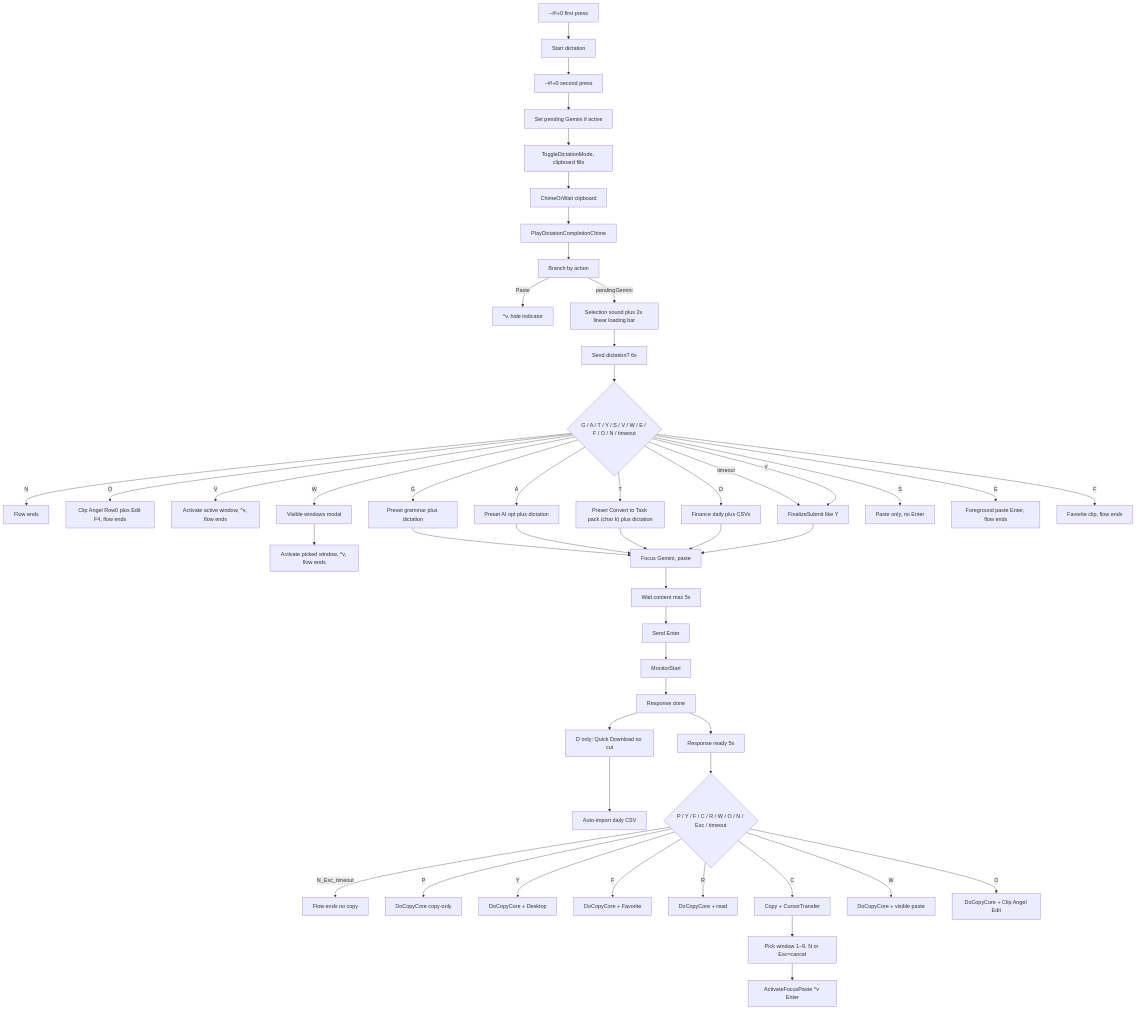
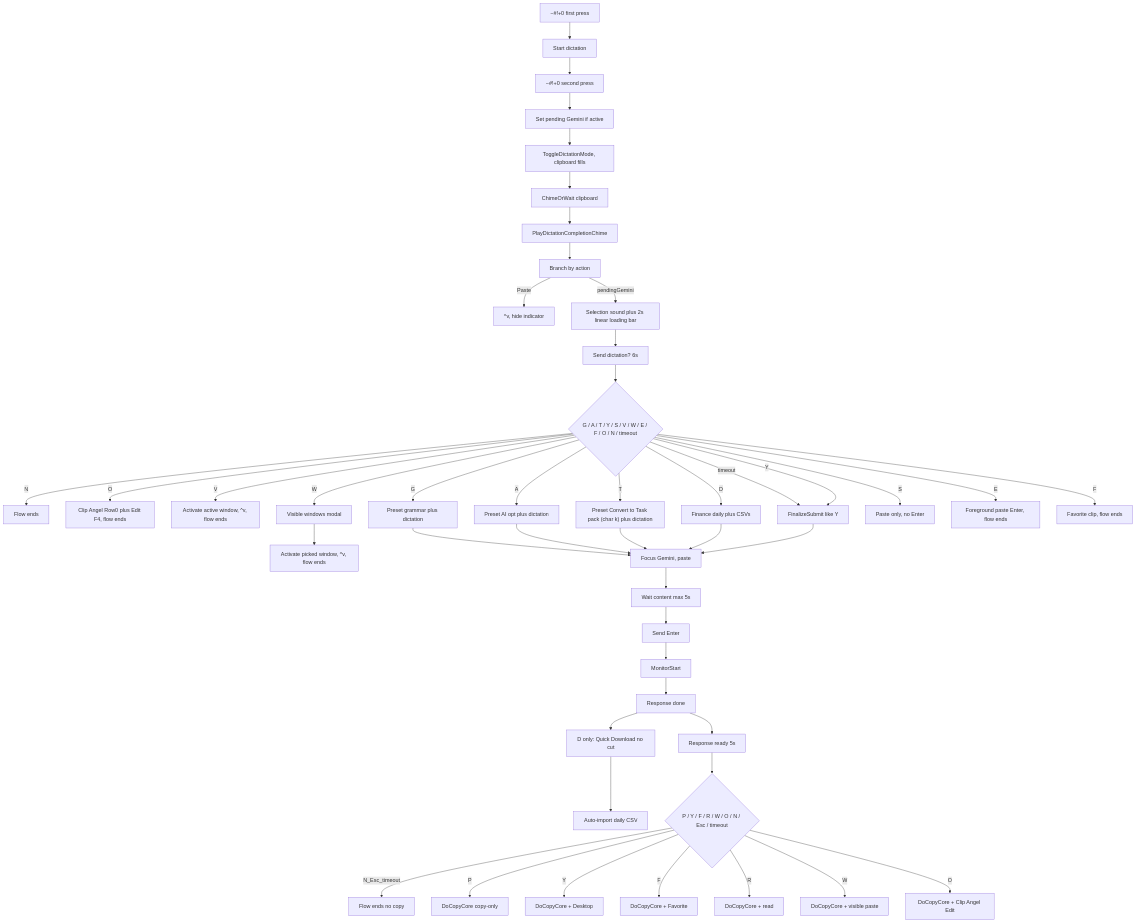
Before and after one commit to duducm2/scripts: the first of 2 diagrams in docs/dictation-to-gemini-cursor-flow.md, drawn with Mermaid. The commit also changed other lines of this file and 9 other files, not shown here.

````diff
--- a/docs/dictation-to-gemini-cursor-flow.md
+++ b/docs/dictation-to-gemini-cursor-flow.md
@@ -25,53 +25,49 @@
 ```mermaid
 flowchart TB
     H0["~#!+0 first press"]
     H0 --> StartDict["Start dictation"]
     StartDict --> H0Stop["~#!+0 second press"]
     H0Stop --> SetPending["Set pending Gemini if active"]
     SetPending --> ToggleMode["ToggleDictationMode, clipboard fills"]
     ToggleMode --> WaitClip["ChimeOrWait clipboard"]
     WaitClip --> PlayChime["PlayDictationCompletionChime"]
     PlayChime --> Branch["Branch by action"]
     Branch --> |"Paste"| PasteOnly["^v, hide indicator"]
     Branch --> |"pendingGemini"| PreMenu["Selection sound plus 2s linear loading bar"]
     PreMenu --> ShowAndWait["Send dictation? 6s"]
     ShowAndWait --> User6s{"G / A / T / Y / S / V / W / E / F / O / N / timeout"}
     User6s --> |"N"| Stop6s["Flow ends"]
     User6s --> |"O"| ClipAngelOpen["Clip Angel Row0 plus Edit F4, flow ends"]
     User6s --> |"V"| PasteOrig["Activate active window, ^v, flow ends"]
     User6s --> |"W"| VisiblePick["Visible windows modal"]
     VisiblePick --> PasteVisible["Activate picked window, ^v, flow ends"]
     User6s --> |"timeout"| Finalize["FinalizeSubmit like Y"]
     User6s --> |"Y"| Finalize
     User6s --> |"G"| FinalizePreset["Preset grammar plus dictation"]
     User6s --> |"A"| FinalizeAiopt["Preset AI opt plus dictation"]
     User6s --> |"T"| FinalizeTaskPack["Preset Convert to Task pack (char k) plus dictation"]
     User6s --> |"D"| FinalizeFinance["Finance daily plus CSVs"]
     FinalizePreset --> PasteGemini
     FinalizeAiopt --> PasteGemini
     FinalizeTaskPack --> PasteGemini
     FinalizeFinance --> PasteGemini
     User6s --> |"S"| PasteOnly6s["Paste only, no Enter"]
     User6s --> |"E"| PasteSendHere["Foreground paste Enter, flow ends"]
     User6s --> |"F"| FavoriteClip["Favorite clip, flow ends"]
     Finalize --> PasteGemini["Focus Gemini, paste"]
     PasteGemini --> WaitContent["Wait content max 5s"]
     WaitContent --> SendEnter["Send Enter"]
     SendEnter --> StartMonitor["MonitorStart"]
     StartMonitor --> ResponseDone["Response done"]
     ResponseDone --> BannerCopy["Response ready 5s"]
     ResponseDone --> WaitFinance["D only: Quick Download no cut"]
     WaitFinance --> ImportDaily["Auto-import daily CSV"]
-    BannerCopy --> UserCopy{"P / Y / F / C / R / W / O / N / Esc / timeout"}
+    BannerCopy --> UserCopy{"P / Y / F / R / W / O / N / Esc / timeout"}
     UserCopy --> |"N_Esc_timeout"| StopCopy["Flow ends no copy"]
     UserCopy --> |"P"| DoCopyOnly["DoCopyCore copy-only"]
     UserCopy --> |"Y"| DoDesktop["DoCopyCore + Desktop"]
     UserCopy --> |"F"| DoFavorite["DoCopyCore + Favorite"]
     UserCopy --> |"R"| DoCopyRead["DoCopyCore + read"]
-    UserCopy --> |"C"| DoTransfer["Copy + CursorTransfer"]
     UserCopy --> |"W"| DoPasteWin["DoCopyCore + visible paste"]
     UserCopy --> |"O"| DoClipAngel["DoCopyCore + Clip Angel Edit"]
-
-    DoTransfer --> SelectWin["Pick window 1–9, N or Esc=cancel"]
-    SelectWin --> ActivatePaste["ActivateFocusPaste ^v Enter"]
 ```
````
